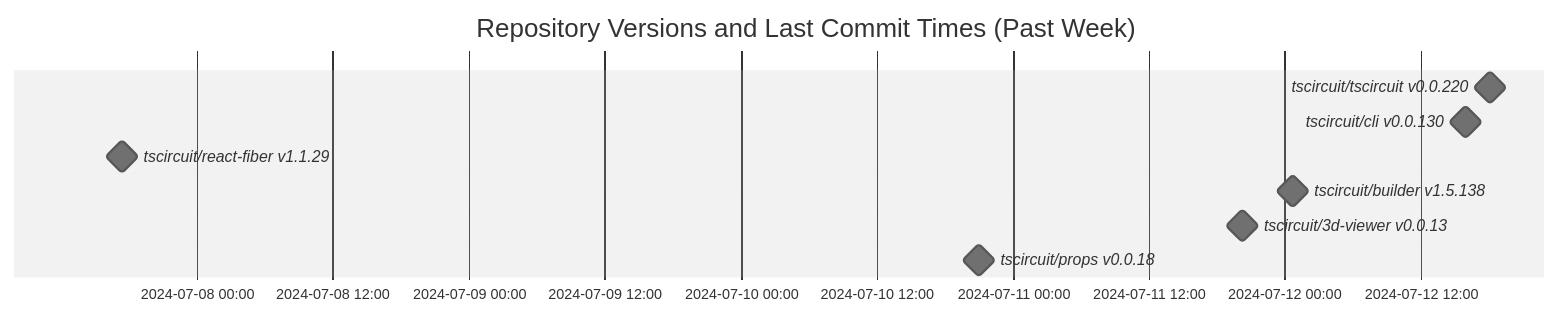
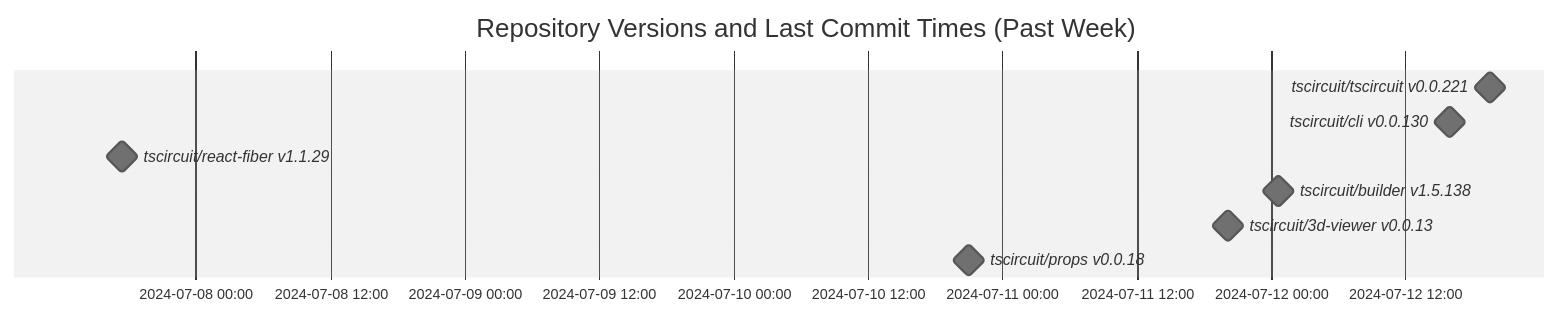
The diagram in README.md (tscircuit/version-tracker), drawn with Mermaid (neutral theme) before and after one commit.

Commit message:
Update chart

````diff
--- a/README.md
+++ b/README.md
@@ -1,13 +1,13 @@
 ```mermaid
 gantt
   dateFormat  YYYY-MM-DD HH:mm:ss
   title Repository Versions and Last Commit Times (Past Week)
   axisFormat %Y-%m-%d %H:%M
 
-  tscircuit/tscircuit v0.0.220 : milestone, 2024-07-12 18:07:09, 1s
+  tscircuit/tscircuit v0.0.221 : milestone, 2024-07-12 19:33:17, 1s
   tscircuit/cli v0.0.130 : milestone, 2024-07-12 15:54:19, 1s
   tscircuit/react-fiber v1.1.29 : milestone, 2024-07-07 17:23:26, 1s
   tscircuit/builder v1.5.138 : milestone, 2024-07-12 00:40:23, 1s
   tscircuit/3d-viewer v0.0.13 : milestone, 2024-07-11 20:12:35, 1s
   tscircuit/props v0.0.18 : milestone, 2024-07-10 20:59:29, 1s
 ```
````
